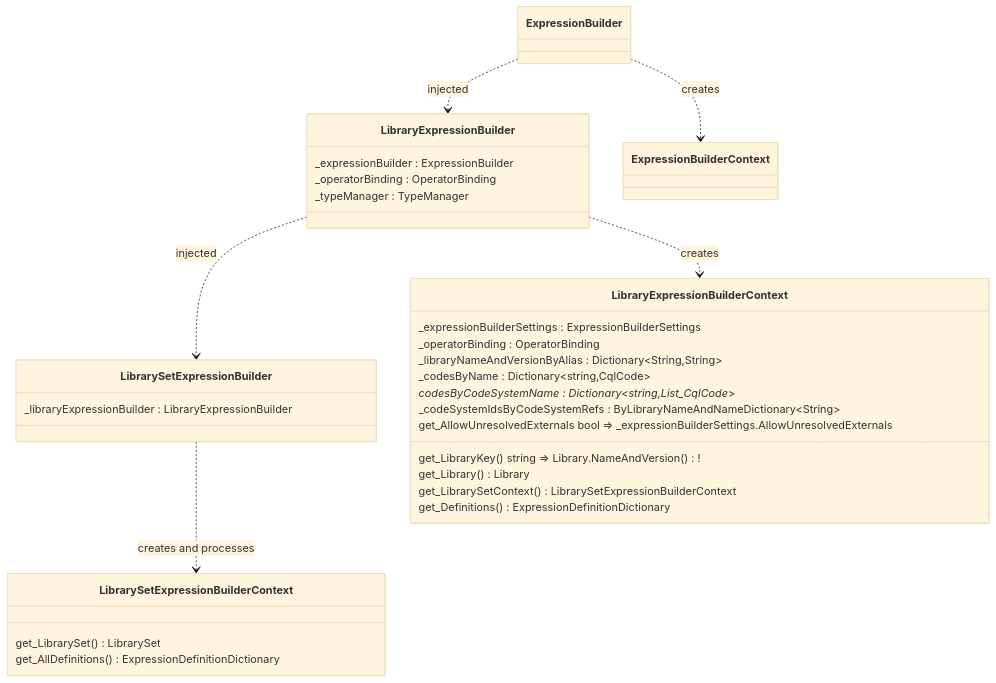
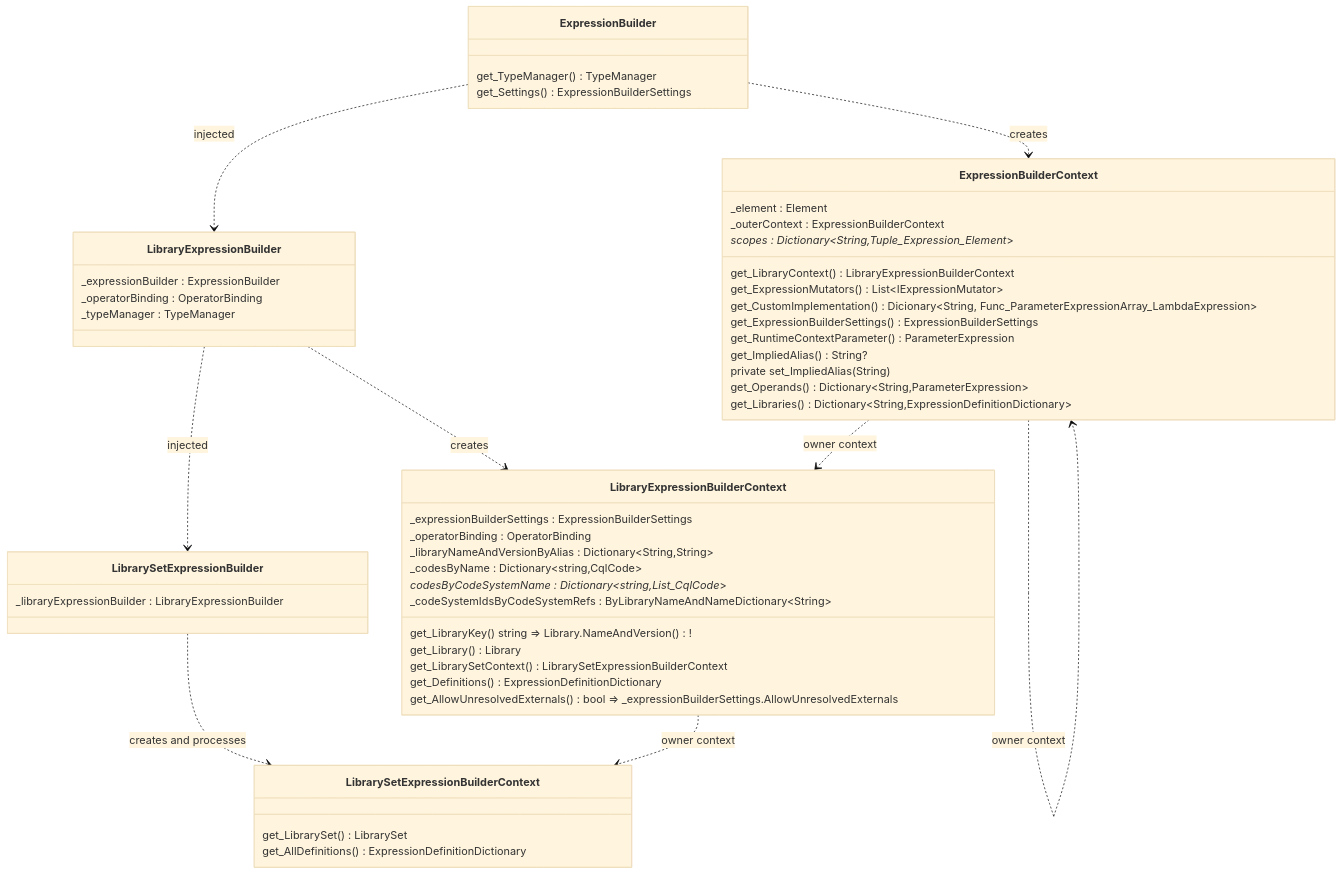
Before and after one commit to FirelyTeam/firely-cql-sdk: the first of 2 diagrams in docs/packager-cli-dependency-graph.md, drawn with Mermaid (base theme). The commit also changed 1 other file, not shown here.

````diff
--- a/docs/packager-cli-dependency-graph.md
+++ b/docs/packager-cli-dependency-graph.md
@@ -4,41 +4,68 @@
 ```mermaid
 classDiagram
     direction TD
 
     class LibrarySetExpressionBuilder {
        _libraryExpressionBuilder : LibraryExpressionBuilder
     }
 
     class LibrarySetExpressionBuilderContext {
        get_LibrarySet() LibrarySet
        get_AllDefinitions() ExpressionDefinitionDictionary
     }
 
     class LibraryExpressionBuilder {
        _expressionBuilder : ExpressionBuilder
        _operatorBinding : OperatorBinding
        _typeManager : TypeManager
     }
 
     class LibraryExpressionBuilderContext {
        _expressionBuilderSettings : ExpressionBuilderSettings
        _operatorBinding : OperatorBinding
        _libraryNameAndVersionByAlias : Dictionary~String,String~
        _codesByName : Dictionary~string,CqlCode~
        _codesByCodeSystemName : Dictionary~string,List_CqlCode_~
        _codeSystemIdsByCodeSystemRefs : ByLibraryNameAndNameDictionary~String~
 
        get_LibraryKey() string => Library.NameAndVersion()!
        get_Library() Library
        get_LibrarySetContext() LibrarySetExpressionBuilderContext
        get_Definitions() ExpressionDefinitionDictionary
-       get_AllowUnresolvedExternals bool => _expressionBuilderSettings.AllowUnresolvedExternals
+       get_AllowUnresolvedExternals() bool => _expressionBuilderSettings.AllowUnresolvedExternals
+    }
+
+    class ExpressionBuilder {
+        get_TypeManager() TypeManager
+        get_Settings() ExpressionBuilderSettings
+    }
+    
+
+    class ExpressionBuilderContext {
+        _element : Element
+        _outerContext : ExpressionBuilderContext
+        _scopes : Dictionary~String,Tuple_Expression_Element_~
+
+        get_LibraryContext() LibraryExpressionBuilderContext
+        get_ExpressionMutators() List~IExpressionMutator~
+        get_CustomImplementation() Dicionary~String, Func_ParameterExpressionArray_LambdaExpression~
+        get_ExpressionBuilderSettings() ExpressionBuilderSettings
+        get_RuntimeContextParameter() ParameterExpression
+        get_ImpliedAlias() String?
+        private set_ImpliedAlias(String)
+        get_Operands() Dictionary~String,ParameterExpression~
+        get_Libraries() Dictionary~String,ExpressionDefinitionDictionary~
+
     }
 
     LibrarySetExpressionBuilder ..> LibrarySetExpressionBuilderContext : creates and processes
     LibraryExpressionBuilder ..> LibraryExpressionBuilderContext : creates
     ExpressionBuilder ..> ExpressionBuilderContext : creates
 
     ExpressionBuilder ..> LibraryExpressionBuilder : injected
     LibraryExpressionBuilder ..> LibrarySetExpressionBuilder : injected
+
+    ExpressionBuilderContext ..> LibraryExpressionBuilderContext : owner context
+    ExpressionBuilderContext ..> ExpressionBuilderContext : owner context
+    LibraryExpressionBuilderContext ..> LibrarySetExpressionBuilderContext : owner context
 ```
````
